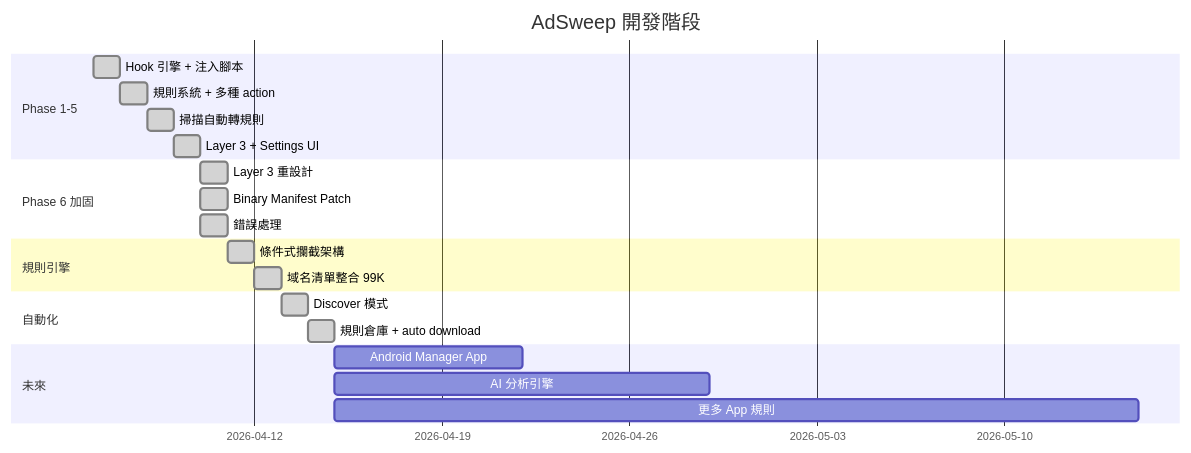
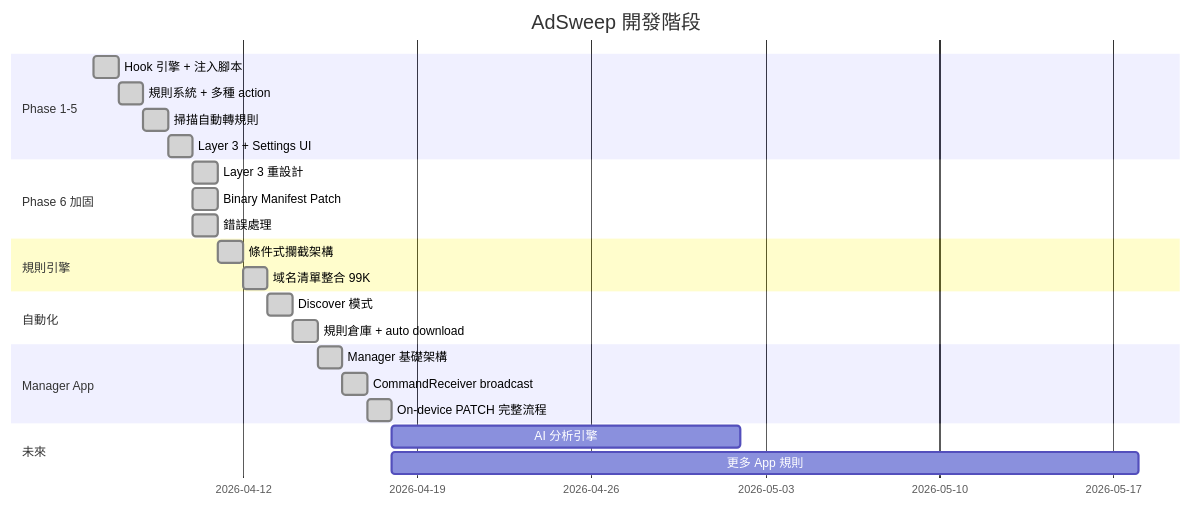
Diagram 12 of 12 in doc/DESIGN.md (tzyyung/AdSweep), drawn with Mermaid before and after one commit. The commit also changed other lines of this file and 14 other files, not shown here.

````diff
--- a/doc/DESIGN.md
+++ b/doc/DESIGN.md
@@ -174,24 +227,27 @@
 ```mermaid
 gantt
     title AdSweep 開發階段
     dateFormat YYYY-MM-DD
     section Phase 1-5
         Hook 引擎 + 注入腳本     :done, p1, 2026-04-06, 1d
         規則系統 + 多種 action    :done, p2, after p1, 1d
         掃描自動轉規則            :done, p3, after p2, 1d
         Layer 3 + Settings UI     :done, p4, after p3, 1d
     section Phase 6 加固
         Layer 3 重設計            :done, p6a, after p4, 1d
         Binary Manifest Patch     :done, p6b, after p4, 1d
         錯誤處理                  :done, p6c, after p4, 1d
     section 規則引擎
         條件式攔截架構            :done, re1, after p6a, 1d
         域名清單整合 99K          :done, re2, after re1, 1d
     section 自動化
         Discover 模式             :done, d1, after re2, 1d
         規則倉庫 + auto download  :done, d2, after d1, 1d
+    section Manager App
+        Manager 基礎架構          :done, m1, after d2, 1d
+        CommandReceiver broadcast :done, m2, after m1, 1d
+        On-device PATCH 完整流程  :done, m3, after m2, 1d
     section 未來
-        Android Manager App       :f1, after d2, 7d
-        AI 分析引擎               :f2, after d2, 14d
-        更多 App 規則             :f3, after d2, 30d
+        AI 分析引擎               :f2, after m3, 14d
+        更多 App 規則             :f3, after m3, 30d
 ```
````
